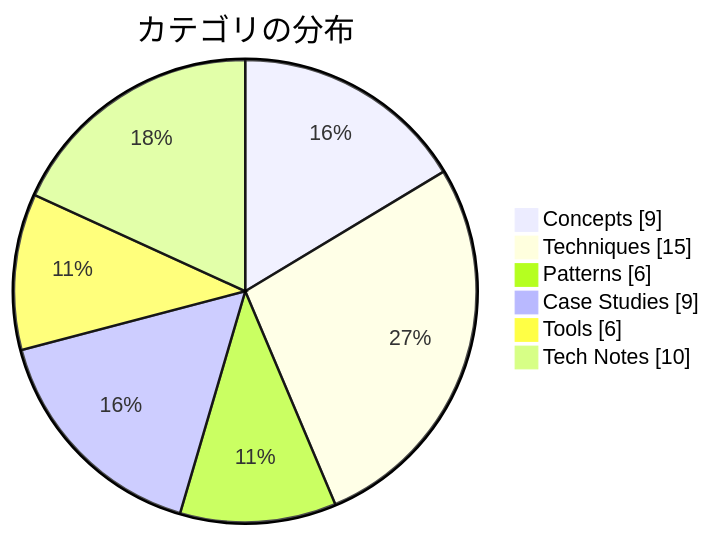
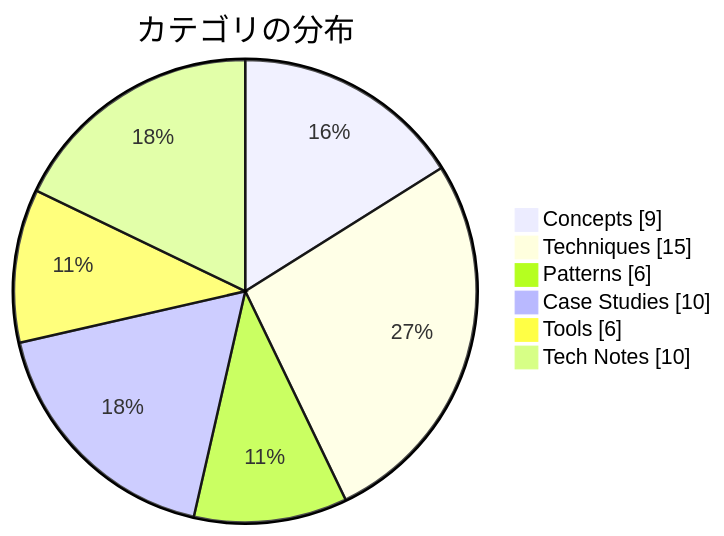
One commit to dinekt/dinekt-wiki changed the second of 2 diagrams in docs/index.md. Above: the diagram before and after it, drawn with Mermaid. The commit also changed other lines of this file and 8 other files, not shown here.

````diff
--- a/docs/index.md
+++ b/docs/index.md
@@ -37,9 +37,9 @@
 ```mermaid
 pie showData title カテゴリの分布
     "Concepts" : 9
     "Techniques" : 15
     "Patterns" : 6
-    "Case Studies" : 9
+    "Case Studies" : 10
     "Tools" : 6
     "Tech Notes" : 10
 ```
````
